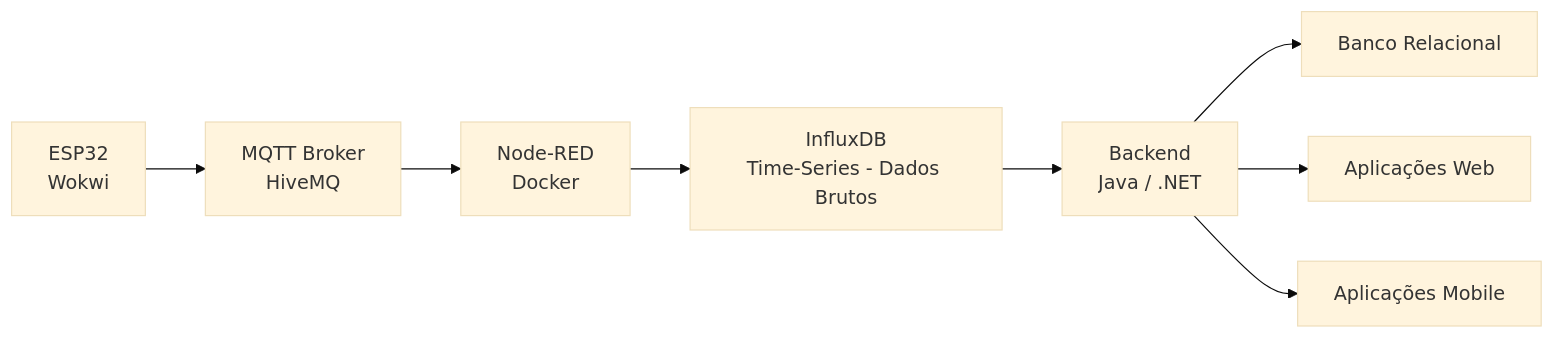
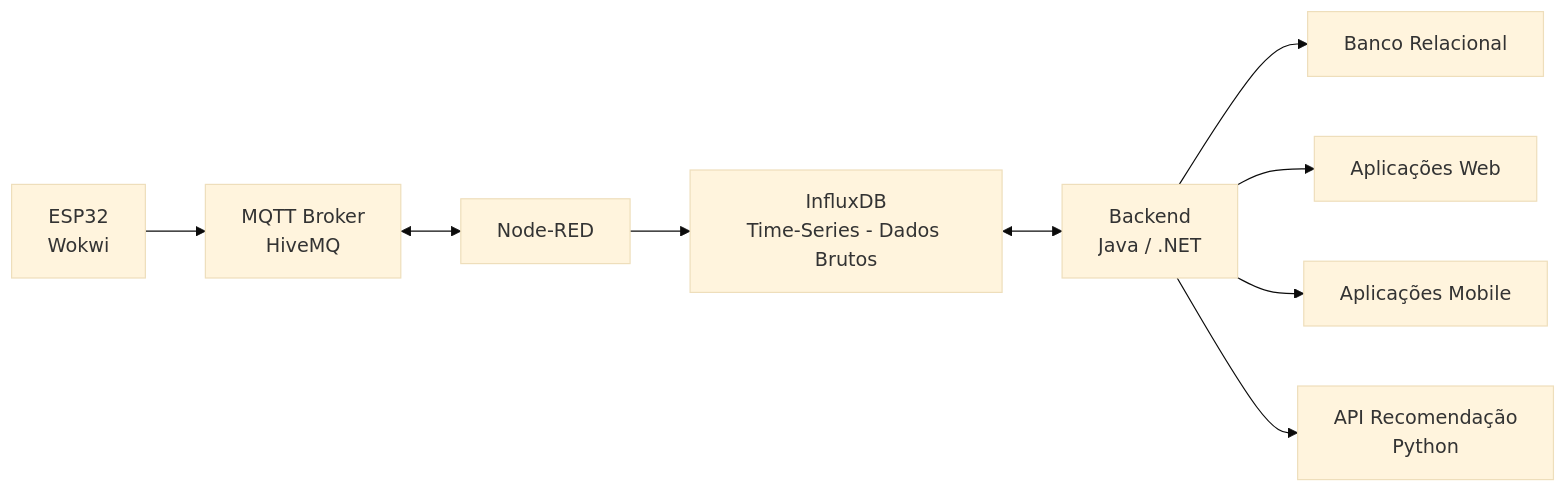
The first of 2 diagrams in Projeto Integrador/README.md (profAndreSouza/Material), drawn with Mermaid (base theme) before and after one commit.

````diff
--- a/Projeto Integrador/README.md
+++ b/Projeto Integrador/README.md
@@ -43,12 +43,13 @@
 ```mermaid
 
 flowchart LR
     A[ESP32<br/>Wokwi] --> B[MQTT Broker<br/>HiveMQ]
-    B --> C[Node-RED<br/>Docker]
+    B <--> C[Node-RED]
     C --> D[InfluxDB<br/>Time-Series - Dados Brutos]
-    D --> E[Backend<br/>Java / .NET]
+    D <--> E[Backend<br/>Java / .NET]
     E --> F[Banco Relacional]
     E --> G[Aplicações Web]
     E --> H[Aplicações Mobile]
+    E --> I[API Recomendação<br/>Python]
 
 ```
````
